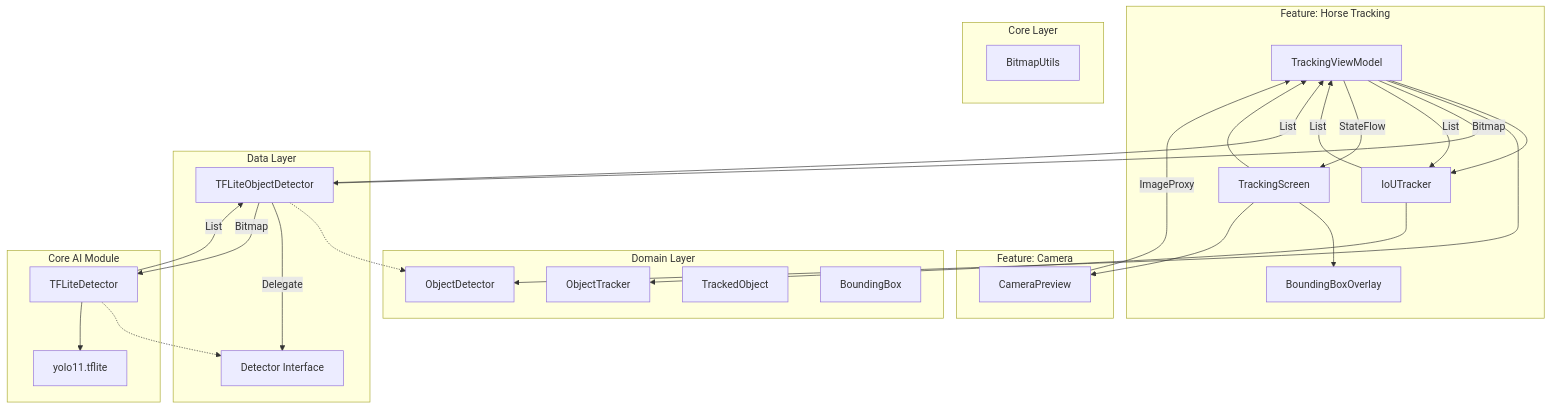
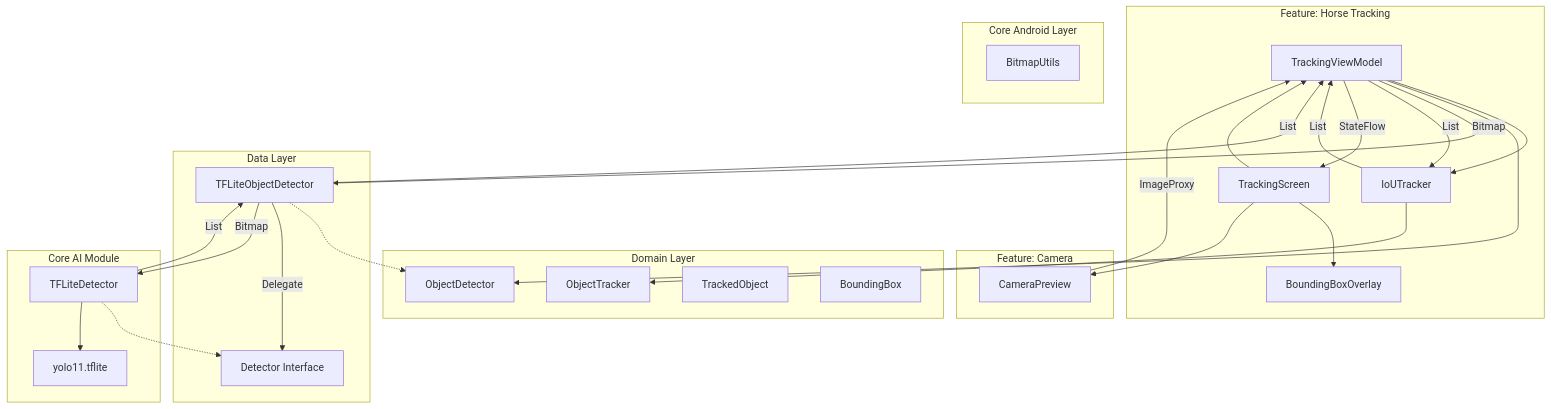
One commit to camai/AnimalTracking changed the diagram in README.md. Above: the diagram before and after it, drawn with Mermaid. The commit also changed other lines of this file and 6 other files, not shown here.

````diff
--- a/README.md
+++ b/README.md
@@ -9,44 +9,44 @@
 ```mermaid
 graph TD
     subgraph FeatureHorseTracking [Feature: Horse Tracking]
         ViewModel[TrackingViewModel] --> UseCase[IoUTracker]
         Screen[TrackingScreen] --> ViewModel
         Screen --> Overlay[BoundingBoxOverlay]
     end
 
     subgraph FeatureCamera [Feature: Camera]
         Camera[CameraPreview]
     end
  
     subgraph Domain [Domain Layer]
         UseCase --> TrackerInterface[ObjectTracker]
         ViewModel --> DetectorInterface[ObjectDetector]
         Entity[TrackedObject]
         EntityBox[BoundingBox]
     end
  
     subgraph Data [Data Layer]
         DetectorImpl[TFLiteObjectDetector] -.-> DetectorInterface
         DetectorImpl -- Delegate --> AiLib[AI Library]
     end
     
     subgraph AI [Core AI Module]
         AiLib[Detector Interface]
         AiCore[TFLiteDetector] -.-> AiLib
         AiCore --> Assets[yolo11.tflite]
     end
  
-    subgraph Core [Core Layer]
+    subgraph Core [Core Android Layer]
         Utils[BitmapUtils]
     end
  
     Screen --> Camera
     Camera -- ImageProxy --> ViewModel
     ViewModel -- Bitmap --> DetectorImpl
     DetectorImpl -- Bitmap --> AiCore
     AiCore -- List<DetectionBox> --> DetectorImpl
     DetectorImpl -- List<BoundingBox> --> ViewModel
     ViewModel -- List<BoundingBox> --> UseCase
     UseCase -- List<TrackedObject> --> ViewModel
     ViewModel -- StateFlow --> Screen
 ```
````
